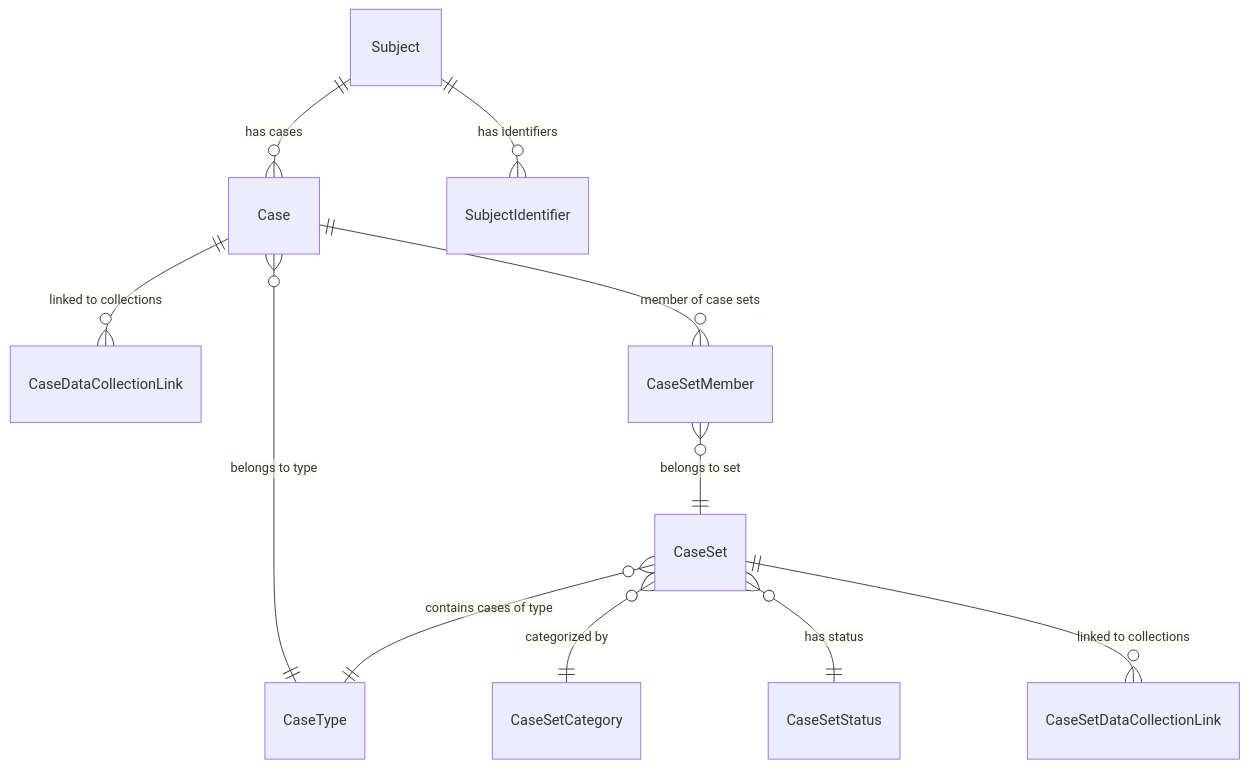
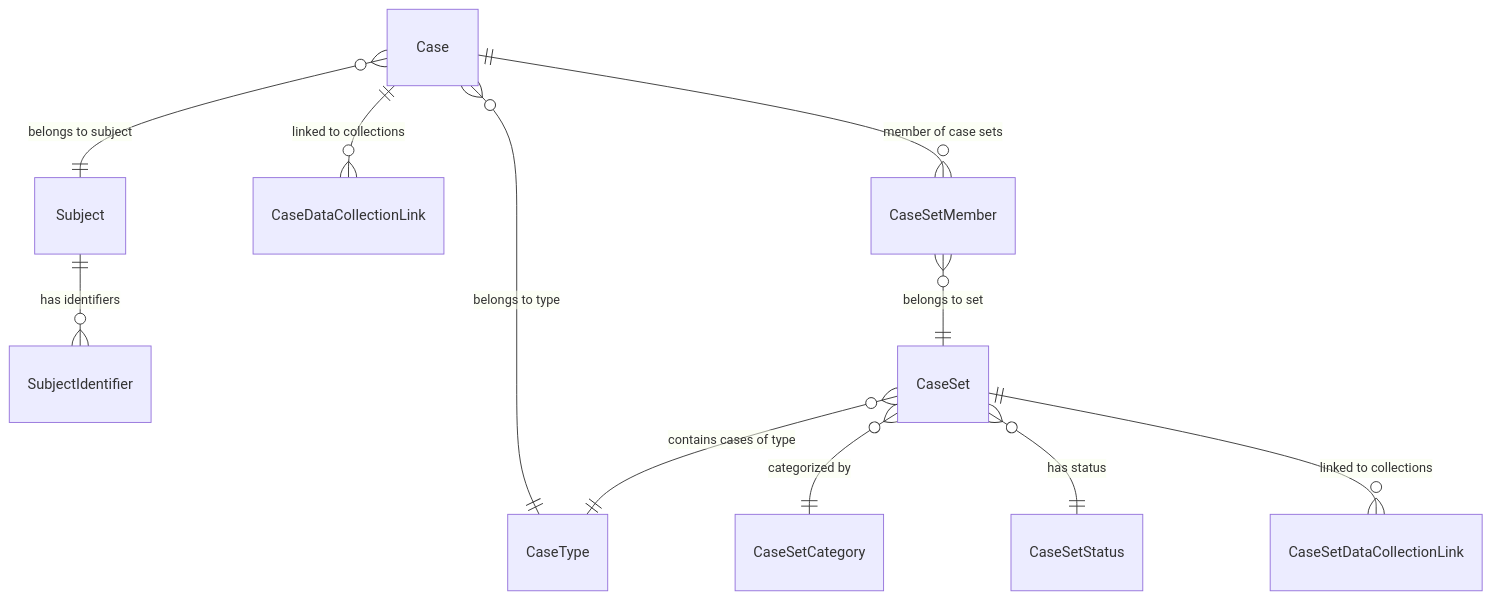
Before and after one commit to RIVM-bioinformatics/gen-epix-api: the first of 7 diagrams in docs/casedb/case_models_erd.md, drawn with Mermaid. The commit also changed other lines of this file, not shown here.

Commit message:
fix(doc): correcting some diagrams with many-to-many relationships, correcting relation names etc.

````diff
--- a/docs/casedb/case_models_erd.md
+++ b/docs/casedb/case_models_erd.md
@@ -7,16 +7,16 @@
 ```mermaid
 erDiagram
-    Subject ||--o{ Case : "has cases"
     Subject ||--o{ SubjectIdentifier : "has identifiers"
+    Case }o--|| Subject : "belongs to subject"
     
     Case }o--|| CaseType : "belongs to type"
     Case ||--o{ CaseDataCollectionLink : "linked to collections"
     
     Case ||--o{ CaseSetMember : "member of case sets"
     CaseSetMember }o--|| CaseSet : "belongs to set"
     
     CaseSet }o--|| CaseType : "contains cases of type"
     CaseSet }o--|| CaseSetCategory : "categorized by"
     CaseSet }o--|| CaseSetStatus : "has status"
     CaseSet ||--o{ CaseSetDataCollectionLink : "linked to collections"
 ```
````
